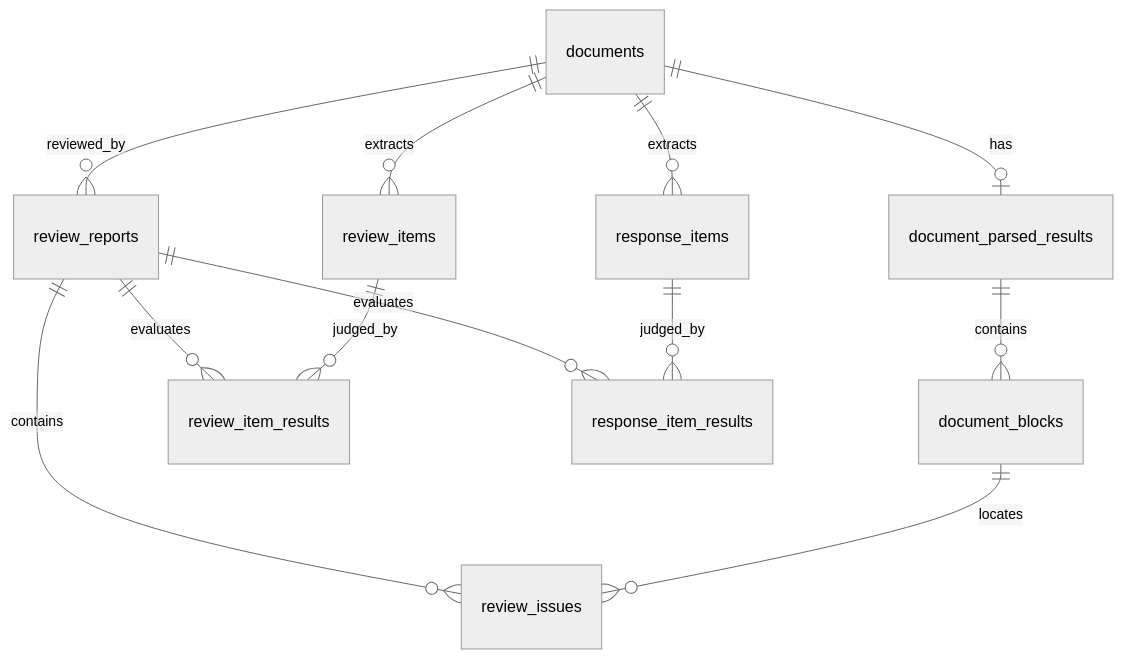
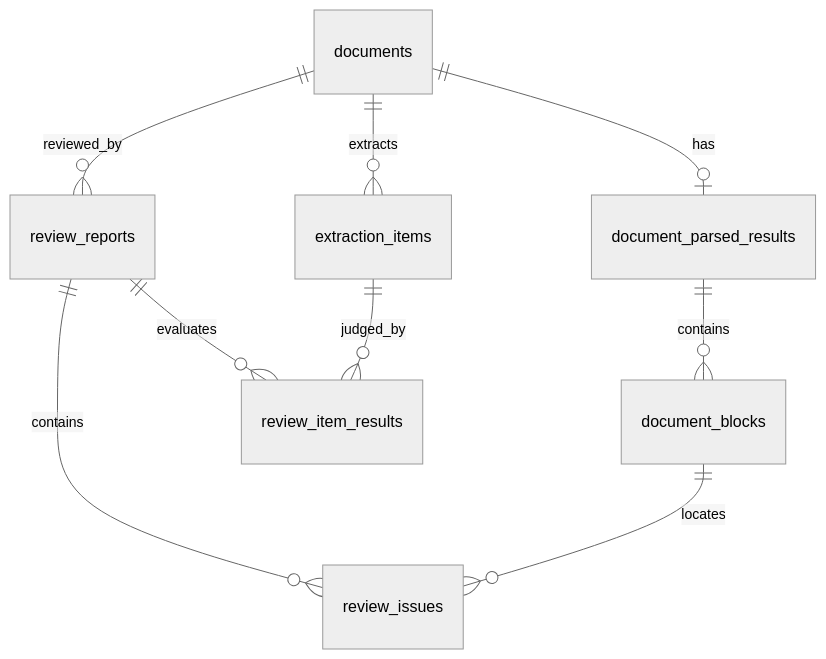
The third of 4 diagrams in docs/minerU/智能审查流程设计文档.md (waystep/ai-zhaotoubiaoshencha), drawn with Mermaid (neutral theme) before and after one commit. The commit also changed other lines of this file and 34 other files, not shown here.

````diff
--- a/docs/minerU/智能审查流程设计文档.md
+++ b/docs/minerU/智能审查流程设计文档.md
@@ -256,14 +269,11 @@
 ```mermaid
 erDiagram
   documents ||--o| document_parsed_results : has
   document_parsed_results ||--o{ document_blocks : contains
   documents ||--o{ review_reports : reviewed_by
-  documents ||--o{ review_items : extracts
-  documents ||--o{ response_items : extracts
+  documents ||--o{ extraction_items : extracts
   review_reports ||--o{ review_issues : contains
   review_reports ||--o{ review_item_results : evaluates
-  review_reports ||--o{ response_item_results : evaluates
-  review_items ||--o{ review_item_results : judged_by
-  response_items ||--o{ response_item_results : judged_by
+  extraction_items ||--o{ review_item_results : judged_by
   document_blocks ||--o{ review_issues : locates
 ```
````
